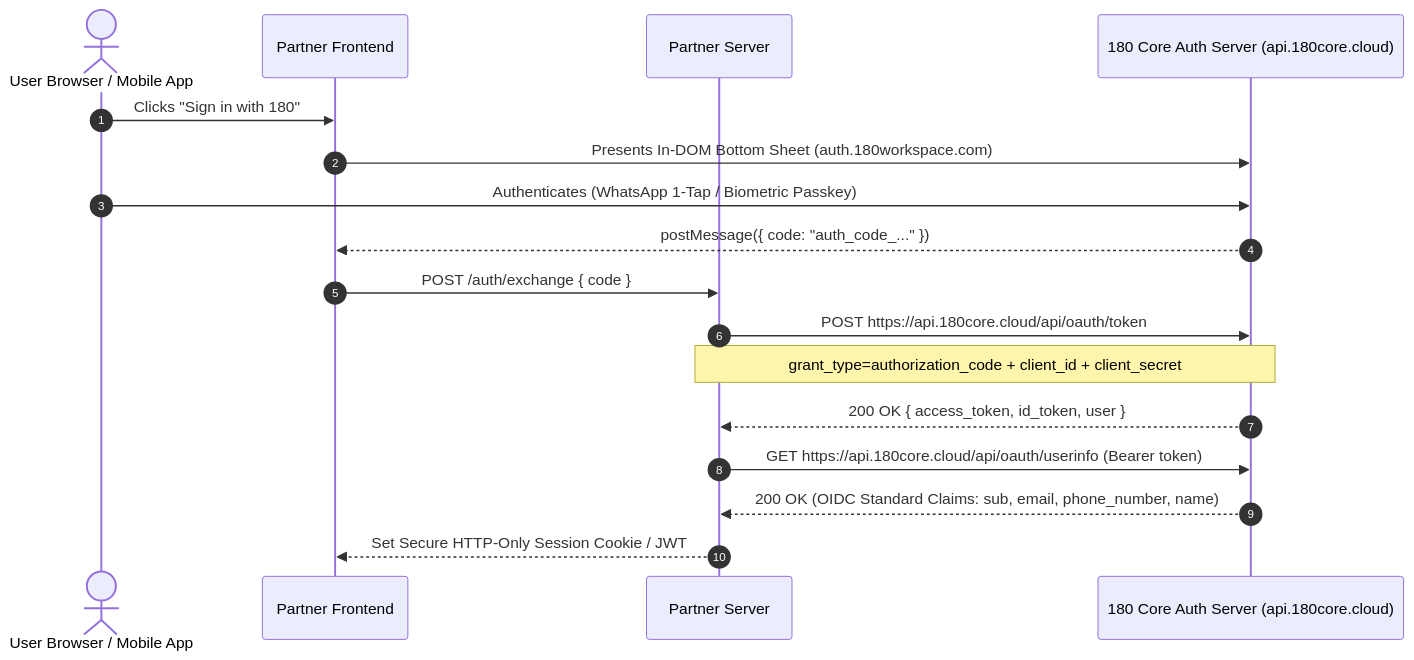
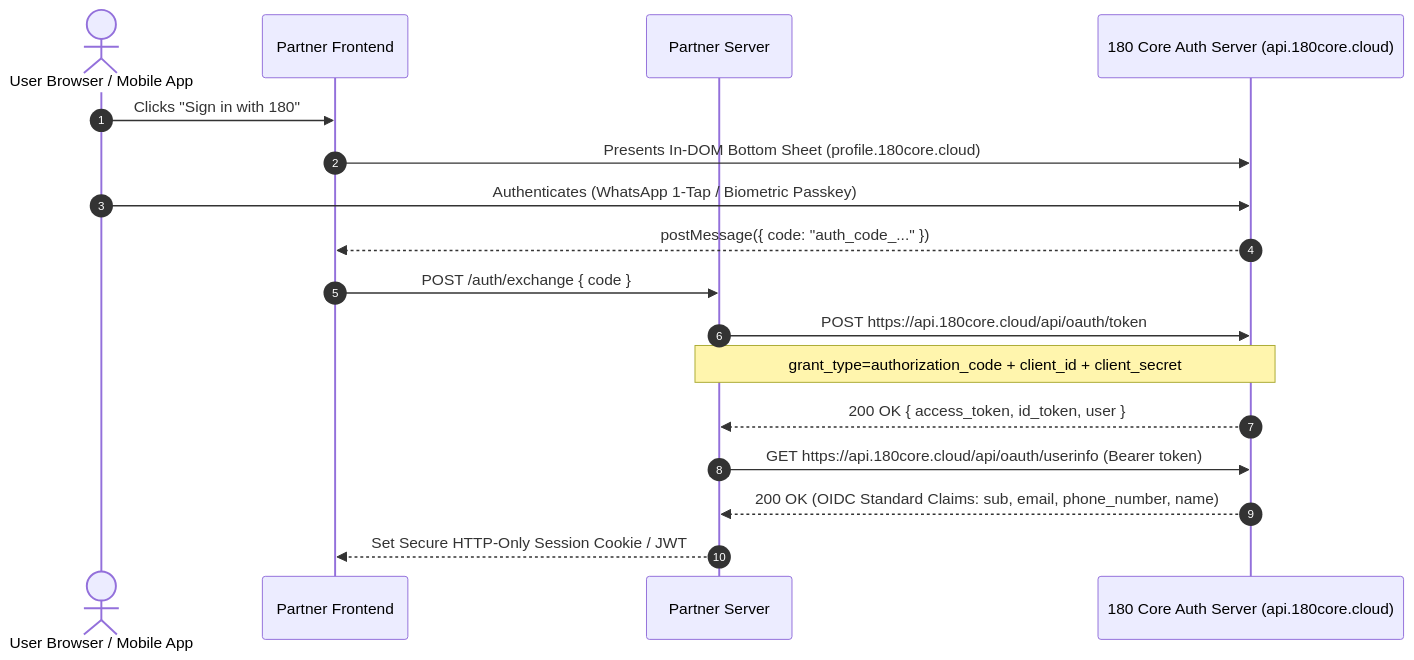
One commit to simplicion/180Public-Sites changed the diagram in apps/docs/docs/products/180-core/180-identity/06-backend-token-verification.md. Above: the diagram before and after it, drawn with Mermaid. The commit also changed other lines of this file and 13 other files, not shown here.

Commit message:
docs(identity-pay): update canonical domains to 180core.cloud, clarify zero custom screens architecture, and sync SDK reference

````diff
--- a/apps/docs/docs/products/180-core/180-identity/06-backend-token-verification.md
+++ b/apps/docs/docs/products/180-core/180-identity/06-backend-token-verification.md
@@ -17,20 +17,20 @@
 ```mermaid
 sequenceDiagram
     autonumber
     actor User as User Browser / Mobile App
     participant App as Partner Frontend
     participant Server as Partner Server
     participant Cloud as 180 Core Auth Server (api.180core.cloud)
 
     User->>App: Clicks "Sign in with 180"
-    App->>Cloud: Presents In-DOM Bottom Sheet (auth.180workspace.com)
+    App->>Cloud: Presents In-DOM Bottom Sheet (profile.180core.cloud)
     User->>Cloud: Authenticates (WhatsApp 1-Tap / Biometric Passkey)
     Cloud-->>App: postMessage({ code: "auth_code_..." })
     App->>Server: POST /auth/exchange { code }
     Server->>Cloud: POST https://api.180core.cloud/api/oauth/token
     Note over Server,Cloud: grant_type=authorization_code + client_id + client_secret
     Cloud-->>Server: 200 OK { access_token, id_token, user }
     Server->>Cloud: GET https://api.180core.cloud/api/oauth/userinfo (Bearer token)
     Cloud-->>Server: 200 OK (OIDC Standard Claims: sub, email, phone_number, name)
     Server-->>App: Set Secure HTTP-Only Session Cookie / JWT
 ```
````
